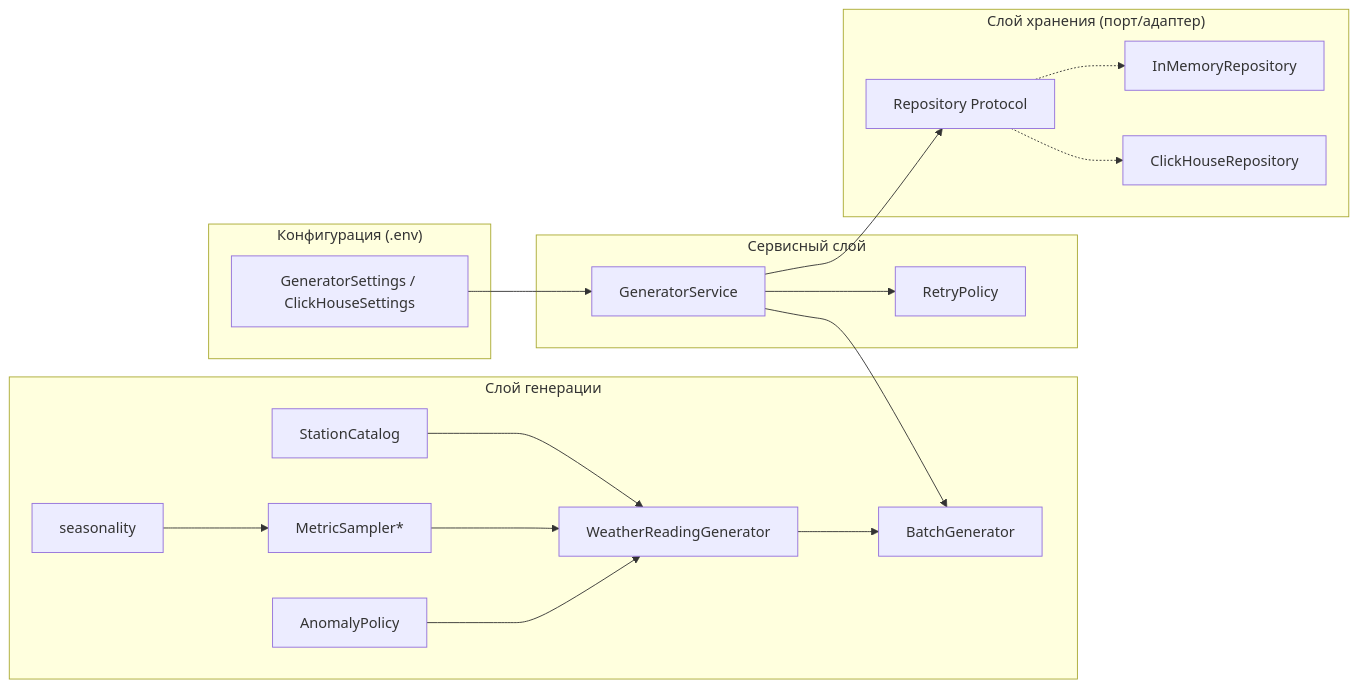
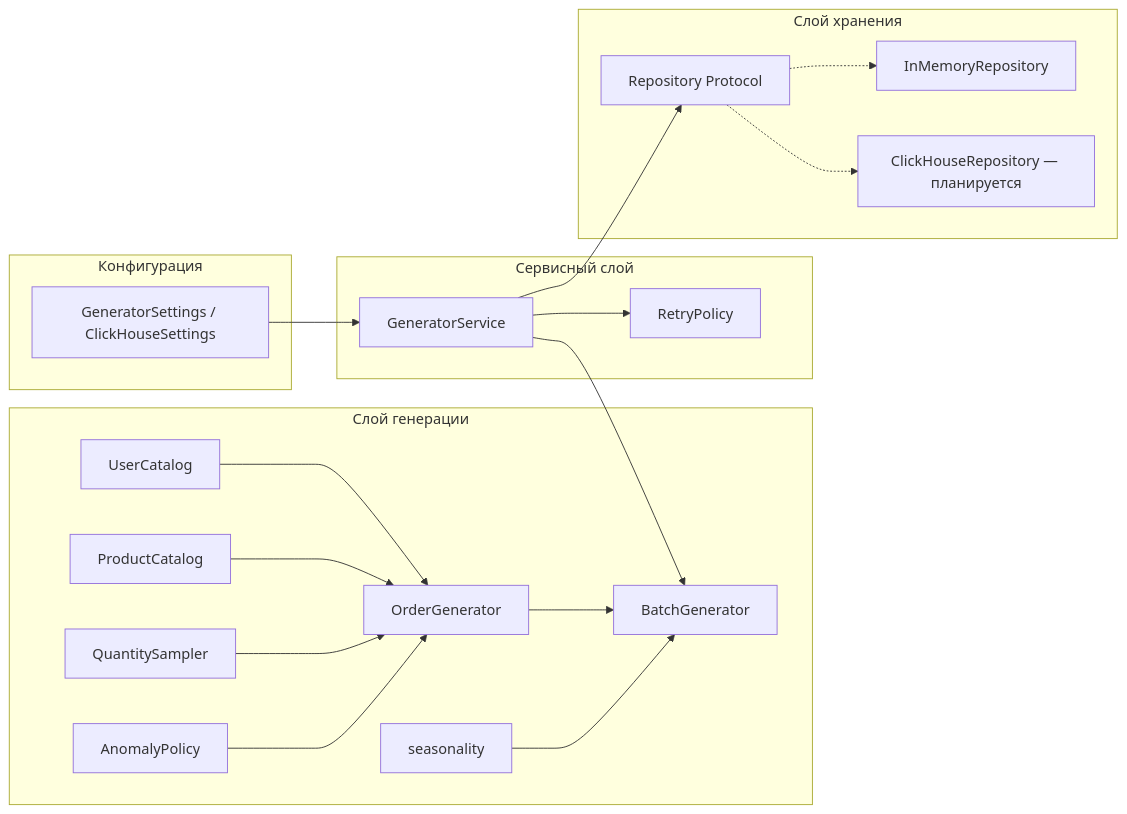
Before and after one commit to AlestR1337/shop-analytics: the diagram in README.md, drawn with Mermaid. The commit also changed other lines of this file, not shown here.

````diff
--- a/README.md
+++ b/README.md
@@ -48,30 +60,31 @@
 ```mermaid
 flowchart LR
-    subgraph config["Конфигурация (.env)"]
-        ENV[GeneratorSettings / ClickHouseSettings]
+    subgraph config["Конфигурация"]
+        ENV["GeneratorSettings / ClickHouseSettings"]
     end
 
     subgraph gen["Слой генерации"]
-        CAT[StationCatalog] --> WEATHER[WeatherReadingGenerator]
-        SEA[seasonality] --> METRICS[MetricSampler*]
-        METRICS --> WEATHER
-        ANOM[AnomalyPolicy] --> WEATHER
-        WEATHER --> BATCH[BatchGenerator]
+        USERS[UserCatalog] --> ORDER[OrderGenerator]
+        PRODUCTS[ProductCatalog] --> ORDER
+        METRICS[QuantitySampler] --> ORDER
+        ANOM[AnomalyPolicy] --> ORDER
+        ORDER --> BATCH[BatchGenerator]
+        SEA[seasonality] --> BATCH
     end
 
     subgraph service["Сервисный слой"]
         SVC[GeneratorService] --> RETRY[RetryPolicy]
         SVC --> BATCH
     end
 
-    subgraph repo["Слой хранения (порт/адаптер)"]
+    subgraph repo["Слой хранения"]
         PORT[Repository Protocol]
         MEM[InMemoryRepository]
-        CH[ClickHouseRepository]
+        CH["ClickHouseRepository — планируется"]
     end
 
     ENV --> SVC
     SVC --> PORT
     PORT -.-> MEM
     PORT -.-> CH
 ```
````
